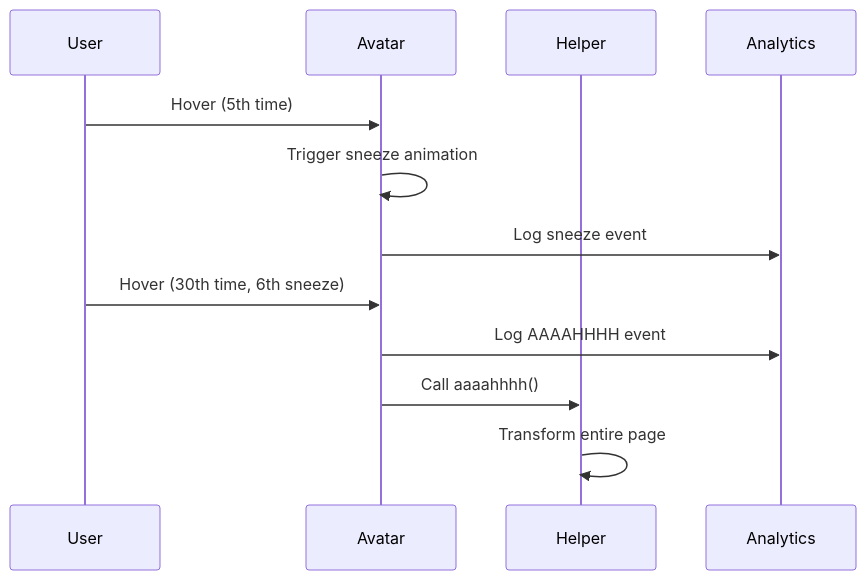
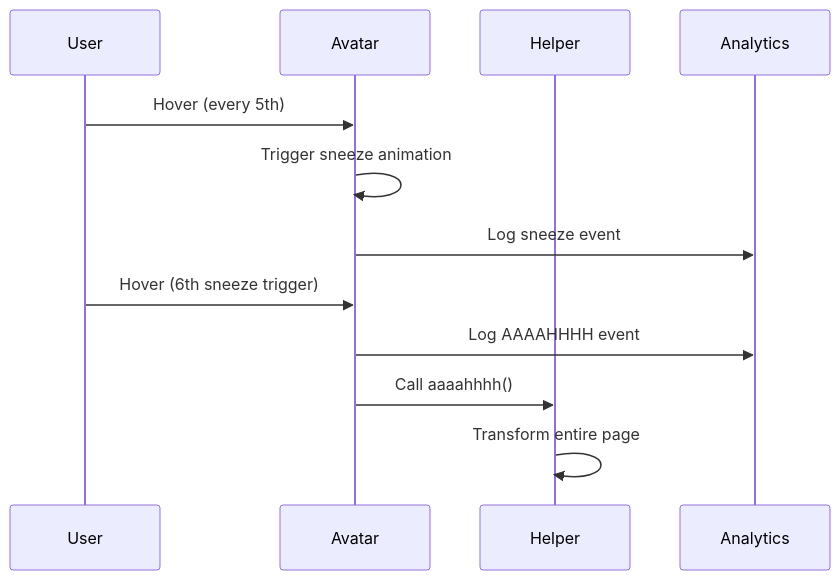
One commit to AlexJSully/AlexJSully-Portfolio changed the diagram in docs/architecture/components/avatar.md. Above: the diagram before and after it, drawn with Mermaid. The commit also changed other lines of this file and 113 other files, not shown here.

````diff
--- a/docs/architecture/components/avatar.md
+++ b/docs/architecture/components/avatar.md
@@ -69,18 +69,18 @@
 ```mermaid
 sequenceDiagram
     accTitle: Avatar Sneeze and Easter Egg Interaction Sequence
-    accDescr: User hovers avatar on 5th time triggering sneeze animation and logging event. On 30th time (6th sneeze), aaaahhhh helper is called to transform page and log event
+    accDescr: Every fifth hover of the avatar triggers a sneeze animation and logs a sneeze event. On the sixth such trigger the avatar skips the animation, logs an AAAAHHHH event, and calls the aaaahhhh helper to transform the whole page
     participant User
     participant Avatar
     participant Helper
     participant Analytics
 
-    User->>Avatar: Hover (5th time)
+    User->>Avatar: Hover (every 5th)
     Avatar->>Avatar: Trigger sneeze animation
     Avatar->>Analytics: Log sneeze event
 
-    User->>Avatar: Hover (30th time, 6th sneeze)
+    User->>Avatar: Hover (6th sneeze trigger)
     Avatar->>Analytics: Log AAAAHHHH event
     Avatar->>Helper: Call aaaahhhh()
     Helper->>Helper: Transform entire page
 ```
````
